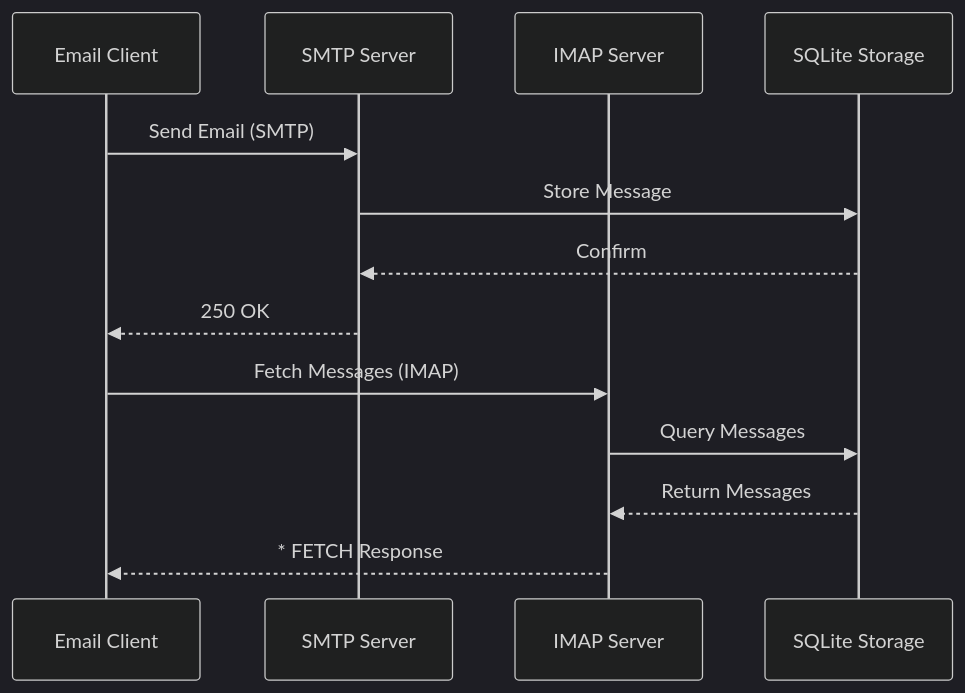
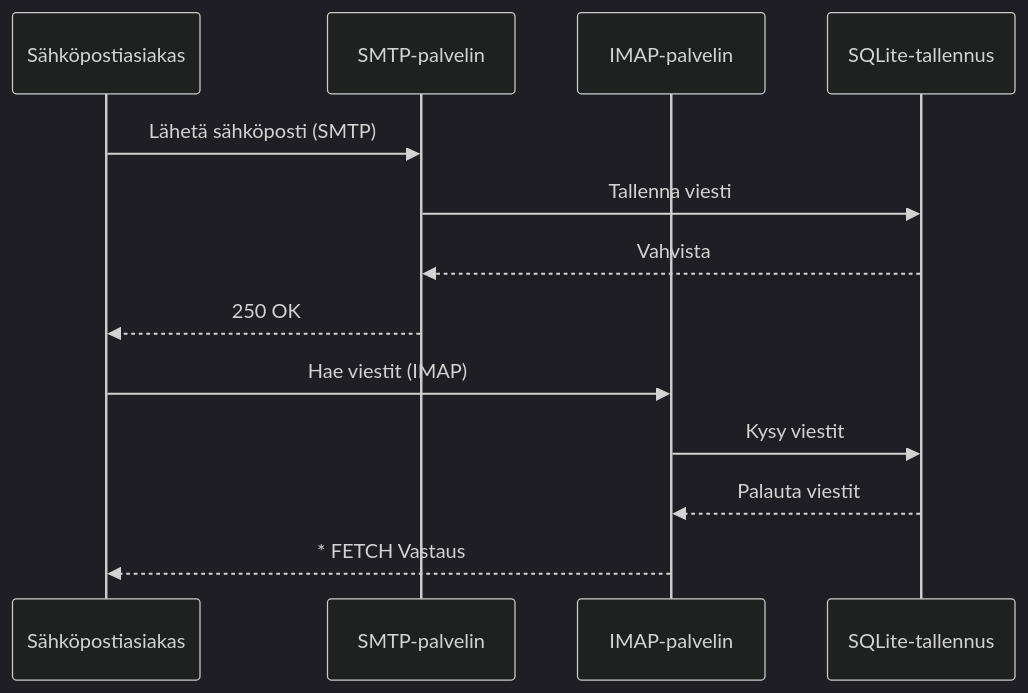
Before and after one commit to forwardemail/forwardemail.net: the third of 16 diagrams in app/views/docs/email-protocols-rfc-compliance-imap-smtp-pop3-comparison/index-fi.md, drawn with Mermaid (dark theme). The commit also changed other lines of this file and 1055 other files, not shown here.

````diff
--- a/app/views/docs/email-protocols-rfc-compliance-imap-smtp-pop3-comparison/index-fi.md
+++ b/app/views/docs/email-protocols-rfc-compliance-imap-smtp-pop3-comparison/index-fi.md
@@ -230,17 +231,17 @@
 ```mermaid
 sequenceDiagram
-    participant Client as Email Client
-    participant SMTP as SMTP Server
-    participant IMAP as IMAP Server
-    participant Storage as SQLite Storage
+    participant Client as Sähköpostiasiakas
+    participant SMTP as SMTP-palvelin
+    participant IMAP as IMAP-palvelin
+    participant Storage as SQLite-tallennus
 
-    Client->>SMTP: Send Email (SMTP)
-    SMTP->>Storage: Store Message
-    Storage-->>SMTP: Confirm
+    Client->>SMTP: Lähetä sähköposti (SMTP)
+    SMTP->>Storage: Tallenna viesti
+    Storage-->>SMTP: Vahvista
     SMTP-->>Client: 250 OK
 
-    Client->>IMAP: Fetch Messages (IMAP)
-    IMAP->>Storage: Query Messages
-    Storage-->>IMAP: Return Messages
-    IMAP-->>Client: * FETCH Response
+    Client->>IMAP: Hae viestit (IMAP)
+    IMAP->>Storage: Kysy viestit
+    Storage-->>IMAP: Palauta viestit
+    IMAP-->>Client: * FETCH Vastaus
 ```
````
